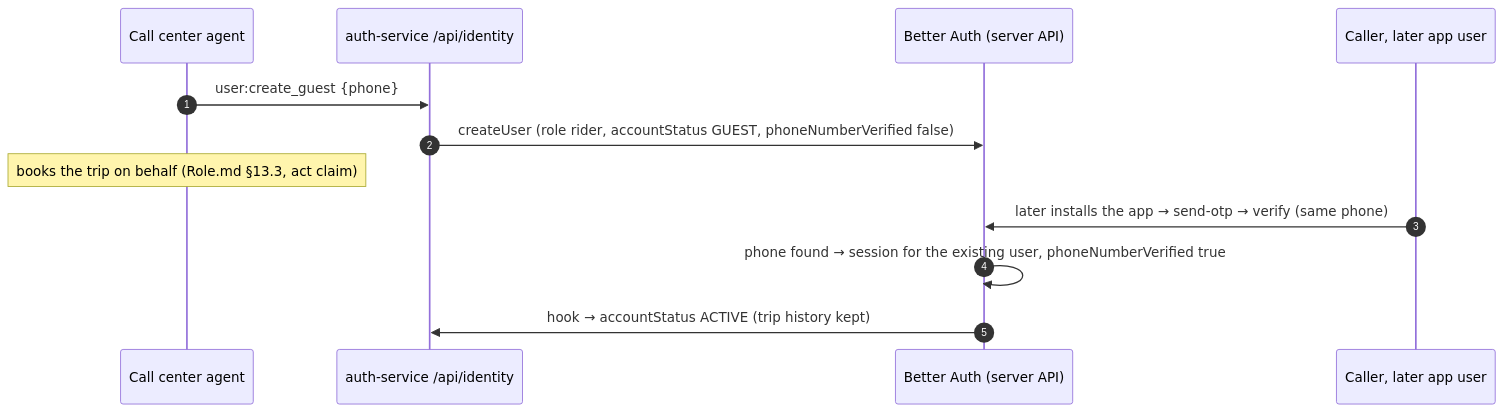
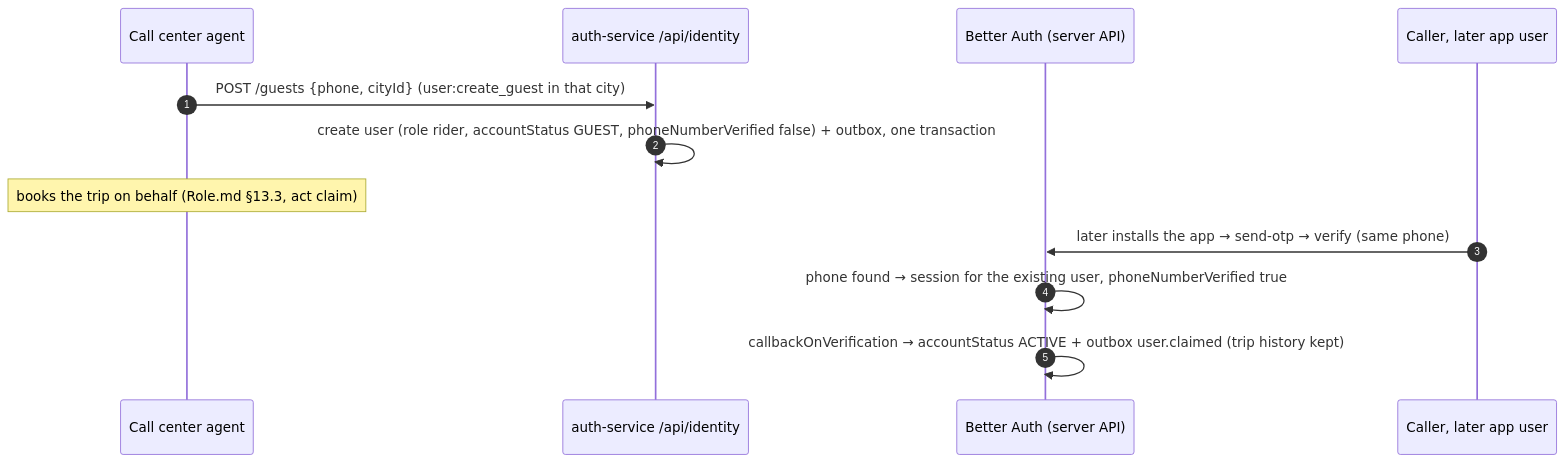
Before and after one commit to beab1212/Anbessa: the ninth of 12 diagrams in docs/design/Auth.md, drawn with Mermaid. The commit also changed other lines of this file and 92 other files, not shown here.

````diff
--- a/docs/design/Auth.md
+++ b/docs/design/Auth.md
@@ -463,14 +474,14 @@
 ```mermaid
 sequenceDiagram
   autonumber
   participant Ag as Call center agent
   participant ID as auth-service /api/identity
   participant BA as Better Auth (server API)
   participant C as Caller, later app user
-  Ag->>ID: user:create_guest {phone}
-  ID->>BA: createUser (role rider, accountStatus GUEST, phoneNumberVerified false)
+  Ag->>ID: POST /guests {phone, cityId} (user:create_guest in that city)
+  ID->>ID: create user (role rider, accountStatus GUEST, phoneNumberVerified false) + outbox, one transaction
   Note over Ag: books the trip on behalf (Role.md §13.3, act claim)
   C->>BA: later installs the app → send-otp → verify (same phone)
   BA->>BA: phone found → session for the existing user, phoneNumberVerified true
-  BA->>ID: hook → accountStatus ACTIVE (trip history kept)
+  BA->>BA: callbackOnVerification → accountStatus ACTIVE + outbox user.claimed (trip history kept)
 ```
````
